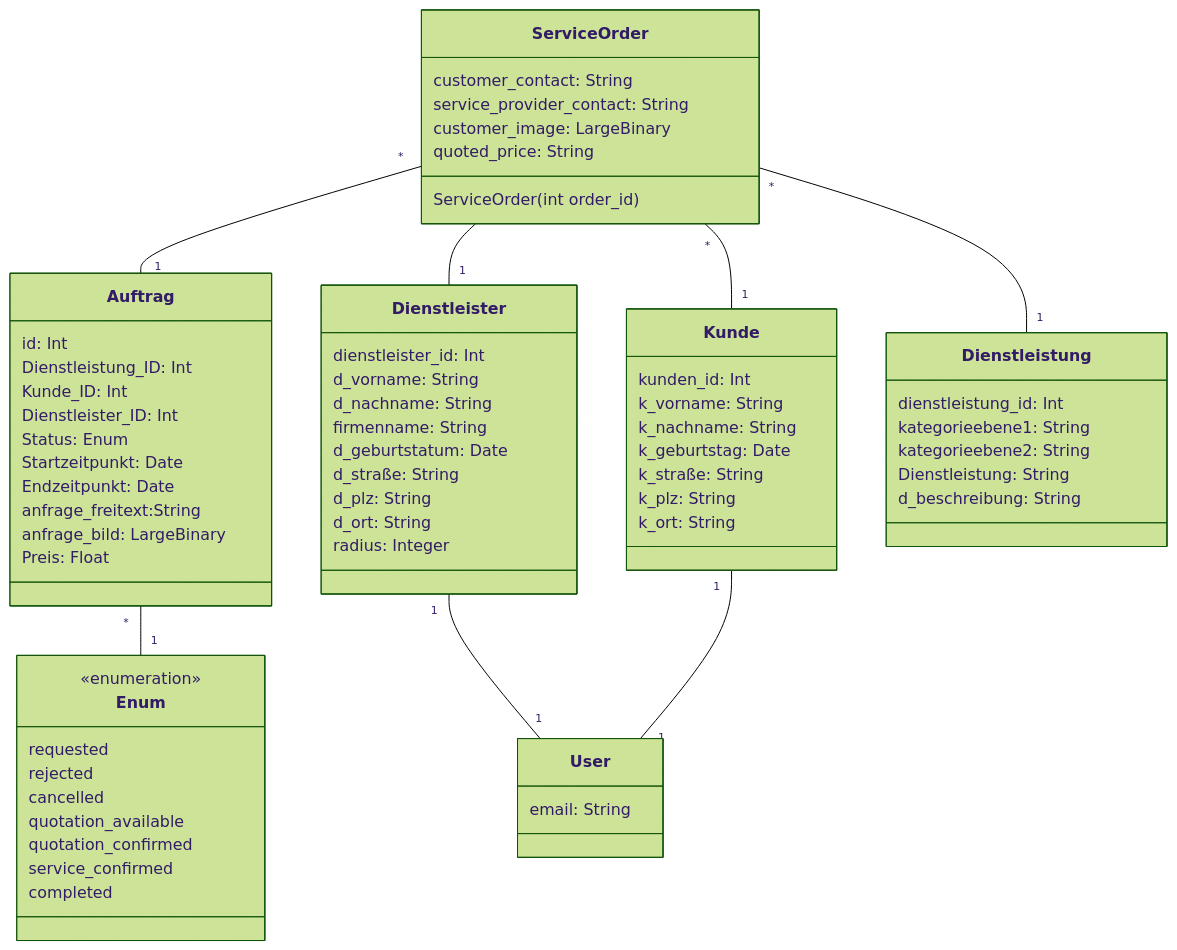
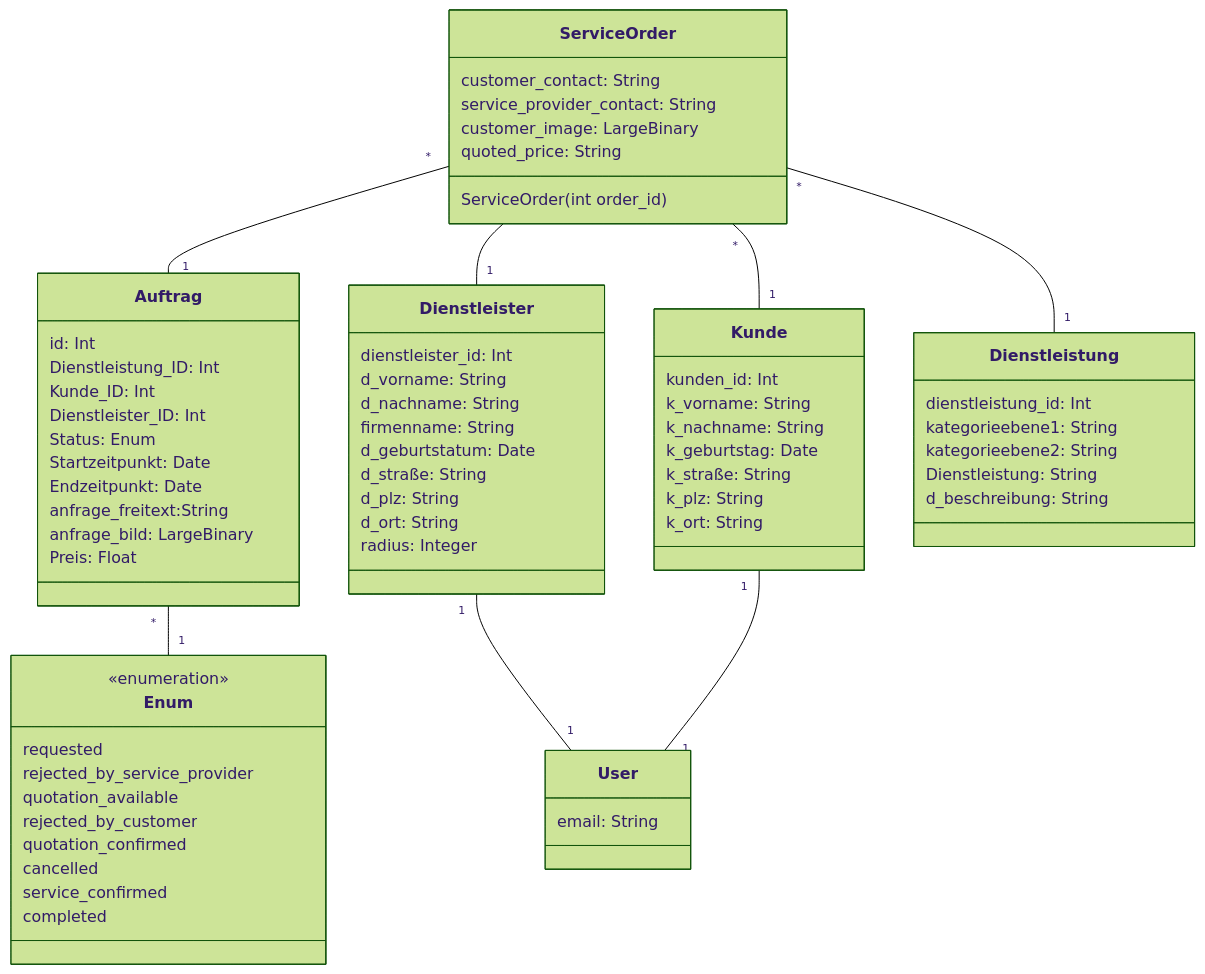
Before and after one commit to YannickMetz/Anwendungsprojekt: the diagram in diagramme/UML Class ServiceOrder.md, drawn with Mermaid (forest theme). The commit also changed 2 other files, not shown here.

Commit message:
ServiceOrderStatus(Enum) und UML Diagramme angepasst

````diff
--- a/diagramme/UML Class ServiceOrder.md
+++ b/diagramme/UML Class ServiceOrder.md
@@ -1,80 +1,81 @@
 ```mermaid
  classDiagram
     class ServiceOrder{
         customer_contact: String
         service_provider_contact: String
         customer_image: LargeBinary
         quoted_price: String
         ServiceOrder(int order_id)
     }
     
     ServiceOrder "*" -- "1" Auftrag
     ServiceOrder "*" -- "1" Kunde
     ServiceOrder "*" -- "1" Dienstleister
     ServiceOrder "*" -- "1" Dienstleistung
 
     class Auftrag {
         id: Int
         Dienstleistung_ID: Int
         Kunde_ID: Int
         Dienstleister_ID: Int
         Status: Enum
         Startzeitpunkt: Date
         Endzeitpunkt: Date
         anfrage_freitext:String
         anfrage_bild: LargeBinary
         Preis: Float
     }
 
     Auftrag "*" -- "1"Enum
 
     class Enum {
         <<enumeration>>
         requested
-        rejected
+        rejected_by_service_provider
+        quotation_available
+        rejected_by_customer
+        quotation_confirmed
         cancelled
-        quotation_available
-        quotation_confirmed
         service_confirmed
         completed
     }
 
     class Kunde {
         kunden_id: Int
         k_vorname: String
         k_nachname: String
         k_geburtstag: Date
         k_straße: String
         k_plz: String
         k_ort: String
     }
 
     class Dienstleister {
         dienstleister_id: Int
         d_vorname: String
         d_nachname: String
         firmenname: String
         d_geburtstatum: Date
         d_straße: String
         d_plz: String
         d_ort: String
         radius: Integer
     }
 
     Dienstleister "1" -- "1" User
     Kunde "1" -- "1" User
 
     class User {
         email: String
     }
 
     class Dienstleistung {
         dienstleistung_id: Int
         kategorieebene1: String
         kategorieebene2: String
         Dienstleistung: String
         d_beschreibung: String
     }
 
 
 ```
````
